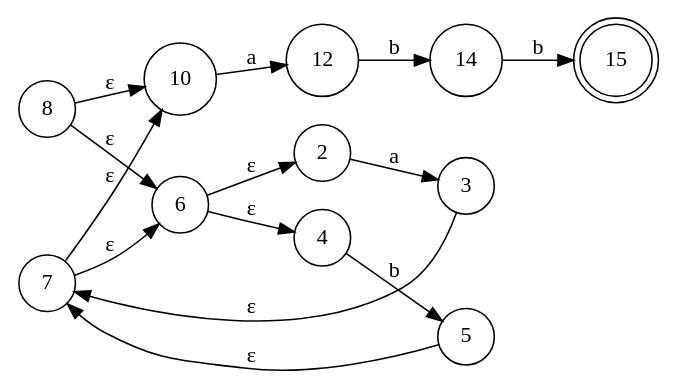
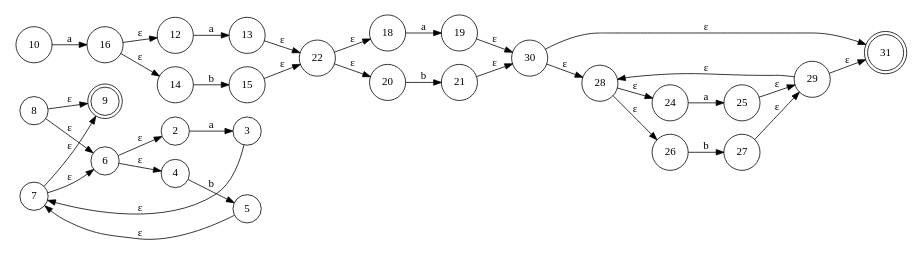
Before and after one commit to MaaarcosG/Automatas: the diagram in Graph/Thompson.gv, drawn with Graphviz. The commit also changed 5 other files, not shown here.

```diff
--- a/Graph/Thompson.gv
+++ b/Graph/Thompson.gv
@@ -1,19 +1,40 @@
 digraph Automata {
 	rankdir=LR size="8,5"
 	node [shape=doublecircle]
-	15
+	9
+	31
 	node [shape=circle]
 	2 -> 3 [label=a]
 	3 -> 7 [label="ε"]
 	4 -> 5 [label=b]
 	5 -> 7 [label="ε"]
 	6 -> 2 [label="ε"]
 	6 -> 4 [label="ε"]
 	7 -> 6 [label="ε"]
-	7 -> 10 [label="ε"]
+	7 -> 9 [label="ε"]
 	8 -> 6 [label="ε"]
-	8 -> 10 [label="ε"]
-	10 -> 12 [label=a]
-	12 -> 14 [label=b]
+	8 -> 9 [label="ε"]
+	10 -> 16 [label=a]
+	12 -> 13 [label=a]
+	13 -> 22 [label="ε"]
 	14 -> 15 [label=b]
+	15 -> 22 [label="ε"]
+	16 -> 12 [label="ε"]
+	16 -> 14 [label="ε"]
+	18 -> 19 [label=a]
+	19 -> 30 [label="ε"]
+	20 -> 21 [label=b]
+	21 -> 30 [label="ε"]
+	22 -> 18 [label="ε"]
+	22 -> 20 [label="ε"]
+	24 -> 25 [label=a]
+	25 -> 29 [label="ε"]
+	26 -> 27 [label=b]
+	27 -> 29 [label="ε"]
+	28 -> 24 [label="ε"]
+	28 -> 26 [label="ε"]
+	29 -> 28 [label="ε"]
+	29 -> 31 [label="ε"]
+	30 -> 28 [label="ε"]
+	30 -> 31 [label="ε"]
 }
```
